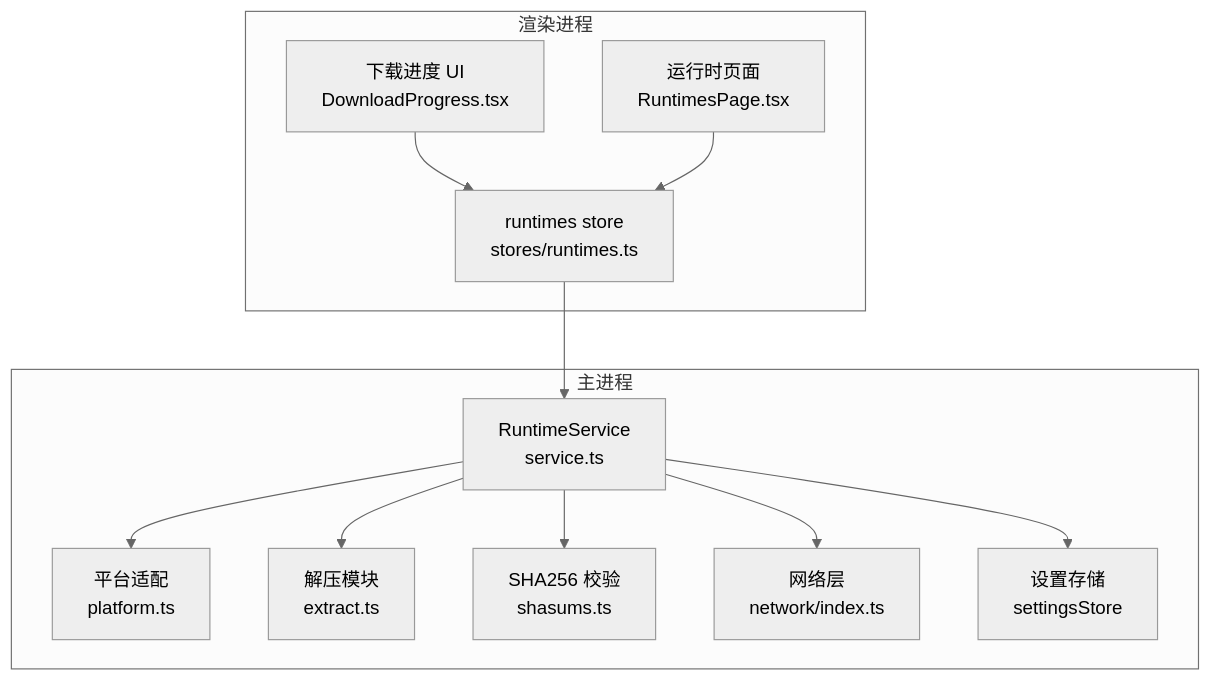
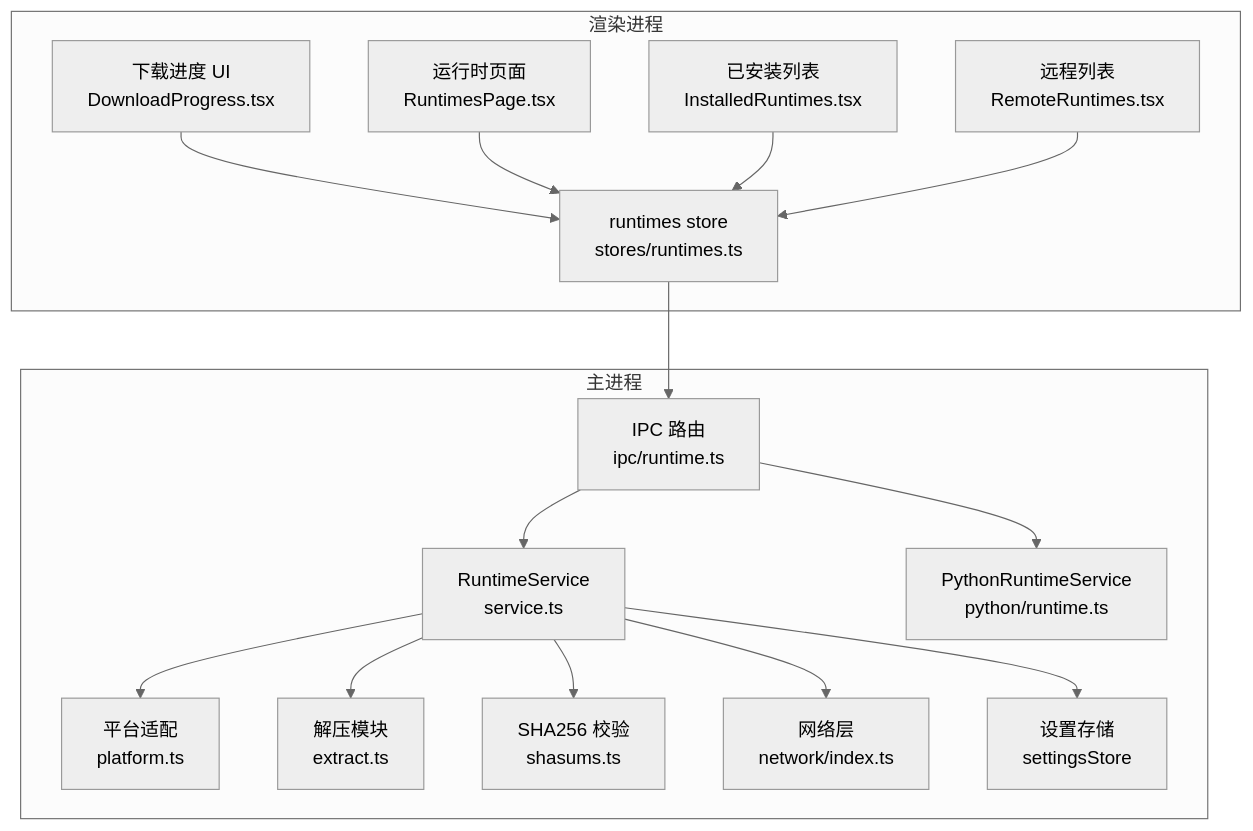
One commit to hozeeee/script-box changed the first of 13 diagrams in .qoder/repowiki/zh/content/核心服务层/Runtime 服务（运行时管理）.md. Above: the diagram before and after it, drawn with Mermaid (neutral theme). The commit also changed other lines of this file and 6 other files, not shown here.

First line of the commit message:
feat(runtime): 支持多运行时管理，新增 Python 运行时支持

````diff
--- a/.qoder/repowiki/zh/content/核心服务层/Runtime 服务（运行时管理）.md
+++ b/.qoder/repowiki/zh/content/核心服务层/Runtime 服务（运行时管理）.md
@@ -35,24 +48,32 @@
 ```mermaid
 graph TB
 subgraph "主进程"
 RS["RuntimeService<br/>service.ts"]
+PS["PythonRuntimeService<br/>python/runtime.ts"]
+IPC["IPC 路由<br/>ipc/runtime.ts"]
 PL["平台适配<br/>platform.ts"]
 EX["解压模块<br/>extract.ts"]
 SH["SHA256 校验<br/>shasums.ts"]
 NE["网络层<br/>network/index.ts"]
 ST["设置存储<br/>settingsStore"]
 end
 subgraph "渲染进程"
 RT_STORE["runtimes store<br/>stores/runtimes.ts"]
 DP["下载进度 UI<br/>DownloadProgress.tsx"]
 RP["运行时页面<br/>RuntimesPage.tsx"]
+IR["已安装列表<br/>InstalledRuntimes.tsx"]
+RR["远程列表<br/>RemoteRuntimes.tsx"]
 end
+IPC --> RS
+IPC --> PS
 RS --> PL
 RS --> EX
 RS --> SH
 RS --> NE
 RS --> ST
-RT_STORE --> RS
+RT_STORE --> IPC
 DP --> RT_STORE
 RP --> RT_STORE
+IR --> RT_STORE
+RR --> RT_STORE
 ```
````
